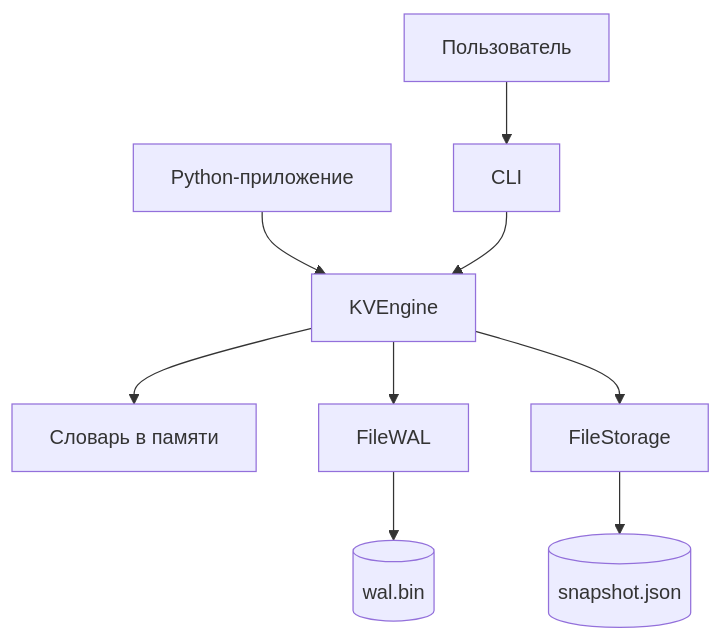
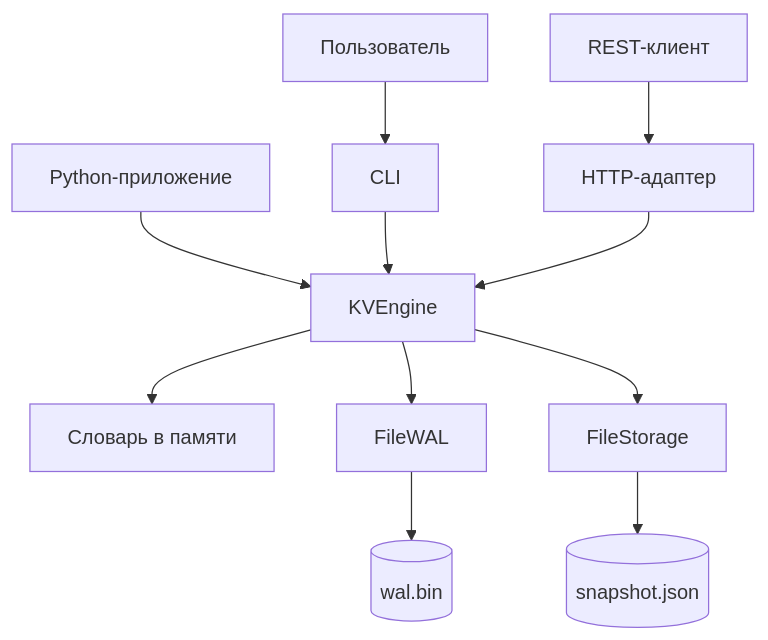
One commit to Evgenchic184/ABD-key_value changed the first of 3 diagrams in docs/implementation.md. Above: the diagram before and after it, drawn with Mermaid. The commit also changed other lines of this file and 8 other files, not shown here.

````diff
--- a/docs/implementation.md
+++ b/docs/implementation.md
@@ -10,11 +11,13 @@
 ```mermaid
 flowchart TB
     User[Пользователь] --> CLI[CLI]
     App[Python-приложение] --> Engine[KVEngine]
+    Rest[REST-клиент] --> HTTP[HTTP-адаптер]
     CLI --> Engine
+    HTTP --> Engine
     Engine --> Memory[Словарь в памяти]
     Engine --> WAL[FileWAL]
     Engine --> Storage[FileStorage]
     WAL --> Journal[(wal.bin)]
     Storage --> Snapshot[(snapshot.json)]
 ```
````
